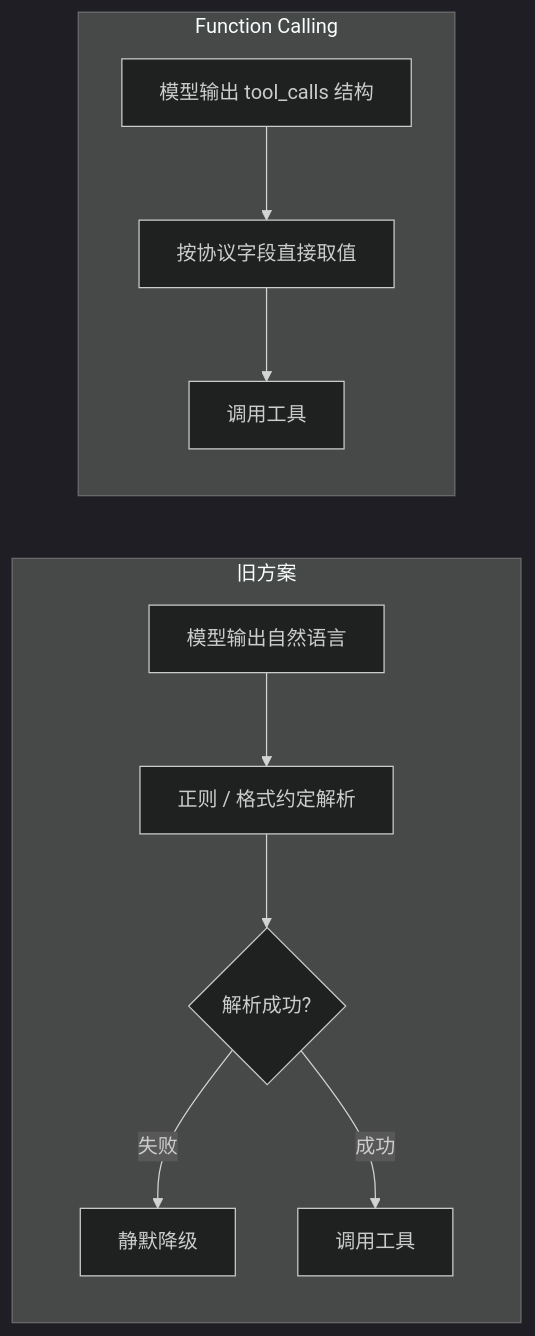
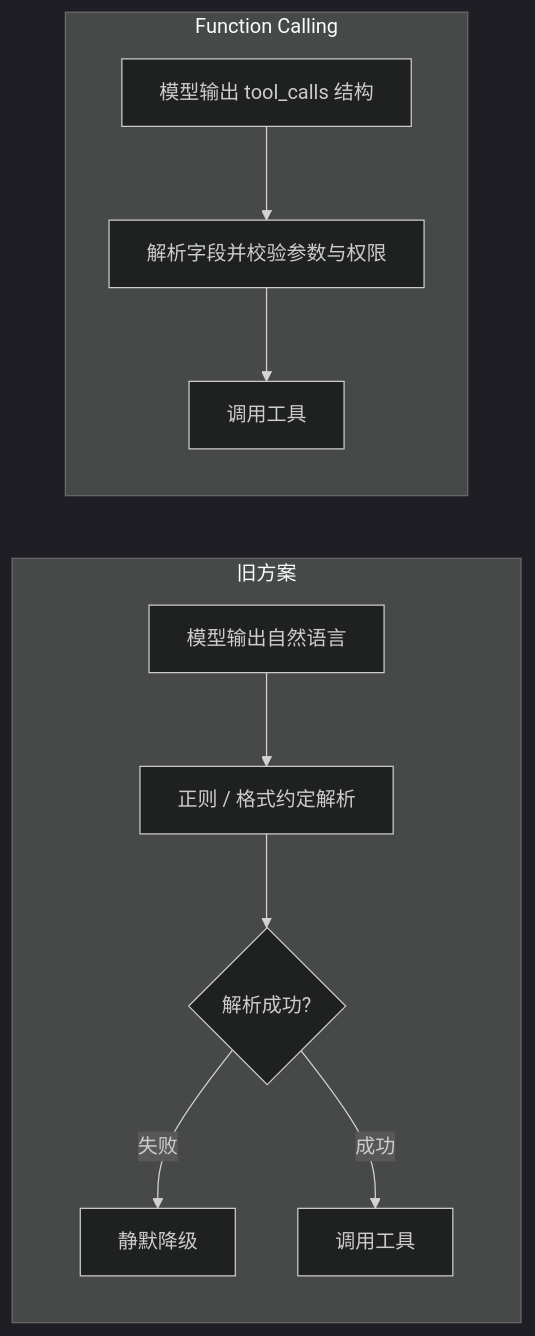
The first of 4 diagrams in docs/tools/01-function-calling/01-function-calling.md (oneleaveknowsthefall/awesome-ai-roadmap), drawn with Mermaid (dark theme) before and after one commit. The commit also changed other lines of this file and 50 other files, not shown here.

````diff
--- a/docs/tools/01-function-calling/01-function-calling.md
+++ b/docs/tools/01-function-calling/01-function-calling.md
@@ -53,14 +53,14 @@
 ```mermaid
 flowchart LR
     subgraph OLD["旧方案"]
         O1[模型输出自然语言] --> O2[正则 / 格式约定解析]
         O2 --> O3{解析成功?}
         O3 -->|失败| O4[静默降级]
         O3 -->|成功| O5[调用工具]
     end
 
     subgraph NEW["Function Calling"]
-        N1[模型输出 tool_calls 结构] --> N2[按协议字段直接取值]
+        N1[模型输出 tool_calls 结构] --> N2[解析字段并校验参数与权限]
         N2 --> N3[调用工具]
     end
 ```
````
